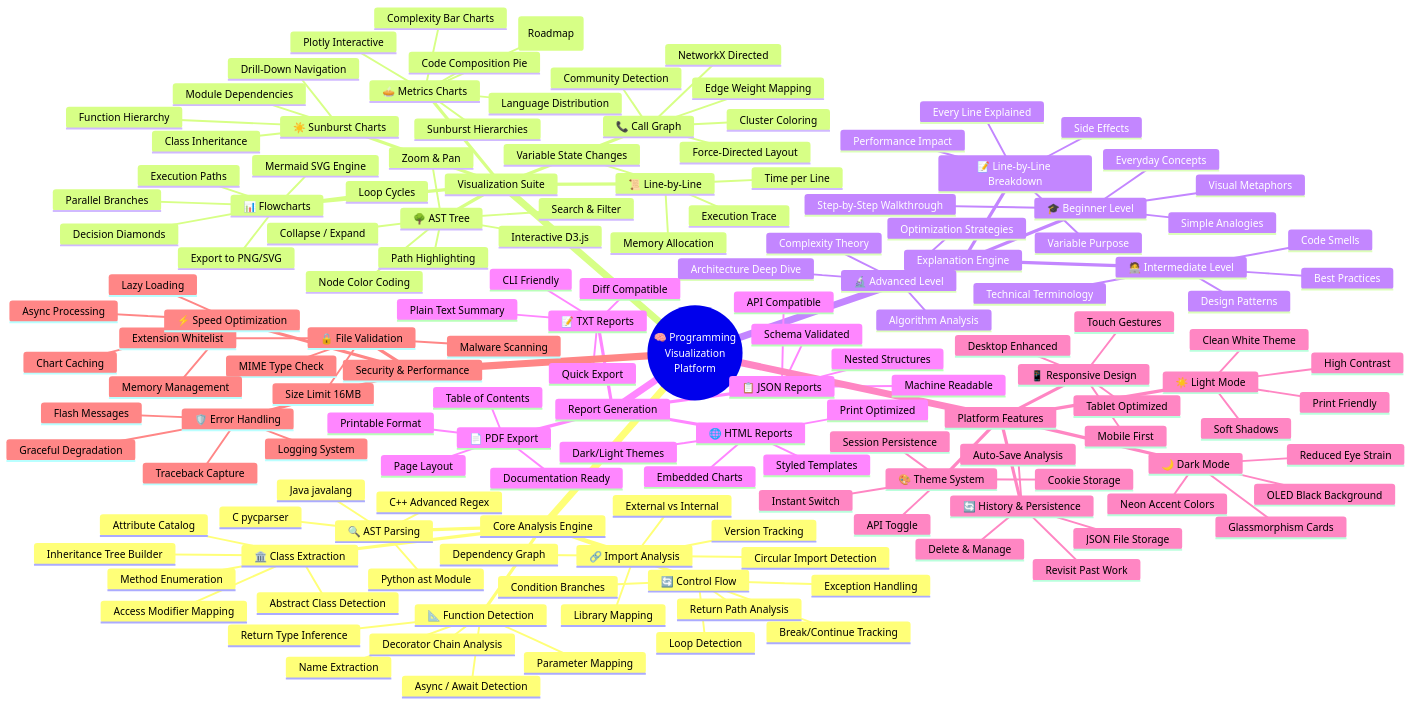
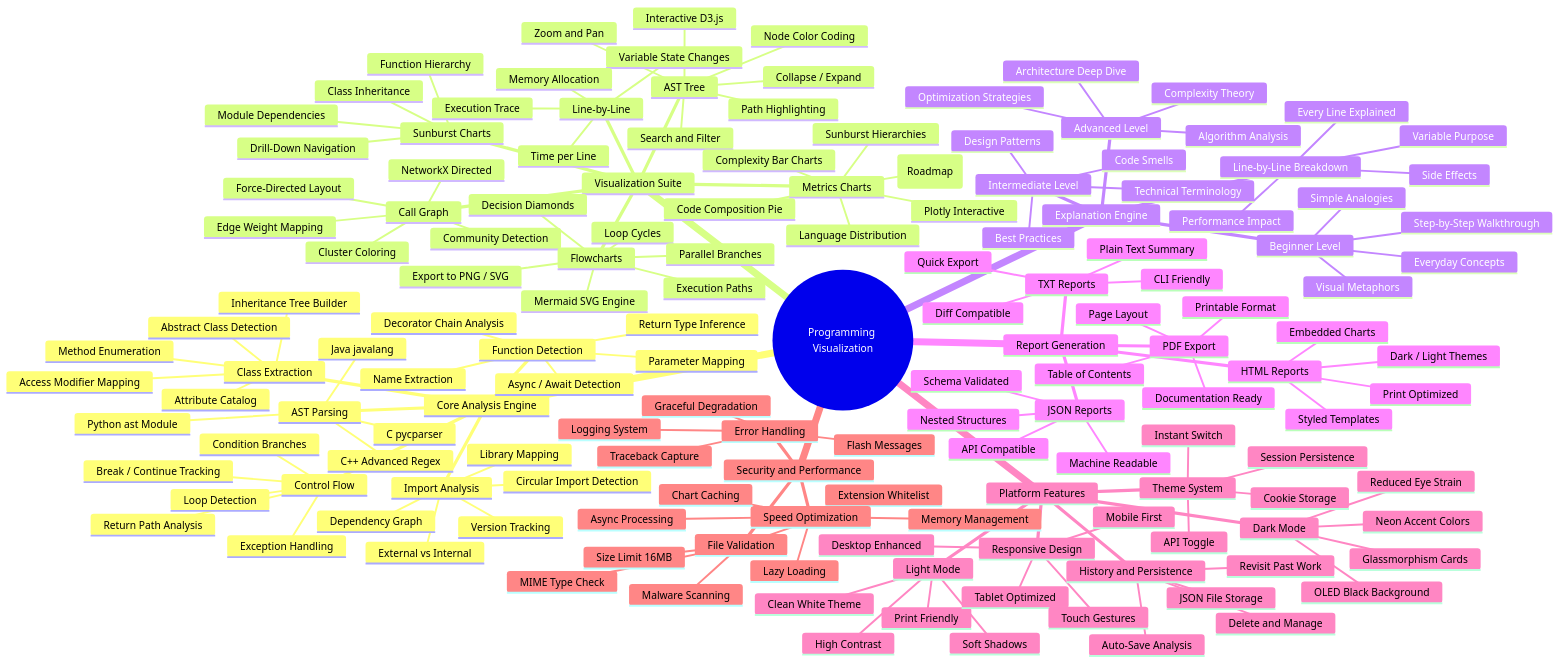
The sixth of 21 diagrams in README.md (issu321/Programming-Visualization), drawn with Mermaid before and after one commit. The commit also changed other lines of this file, not shown here.

````diff
--- a/README.md
+++ b/README.md
@@ -570,154 +516,154 @@
 ```mermaid
 mindmap
-  root((🧠 Programming<br/>Visualization<br/>Platform))
+  root((Programming Visualization))
     Core Analysis Engine
-      🔍 AST Parsing
+      AST Parsing
         Python ast Module
         Java javalang
         C pycparser
         C++ Advanced Regex
-      📐 Function Detection
+      Function Detection
         Name Extraction
         Parameter Mapping
         Return Type Inference
         Decorator Chain Analysis
         Async / Await Detection
-      🏛️ Class Extraction
+      Class Extraction
         Inheritance Tree Builder
         Method Enumeration
         Attribute Catalog
         Access Modifier Mapping
         Abstract Class Detection
-      🔗 Import Analysis
+      Import Analysis
         Dependency Graph
         Library Mapping
         Version Tracking
         Circular Import Detection
         External vs Internal
-      🔄 Control Flow
+      Control Flow
         Loop Detection
         Condition Branches
         Exception Handling
         Return Path Analysis
-        Break/Continue Tracking
+        Break / Continue Tracking
     Visualization Suite
-      🌳 AST Tree
+      AST Tree
         Interactive D3.js
-        Zoom & Pan
+        Zoom and Pan
         Collapse / Expand
         Node Color Coding
         Path Highlighting
-        Search & Filter
-      📞 Call Graph
+        Search and Filter
+      Call Graph
         NetworkX Directed
         Force-Directed Layout
         Edge Weight Mapping
         Community Detection
         Cluster Coloring
-      📊 Flowcharts
+      Flowcharts
         Mermaid SVG Engine
         Execution Paths
         Decision Diamonds
         Loop Cycles
         Parallel Branches
-        Export to PNG/SVG
-      🥧 Metrics Charts
+        Export to PNG / SVG
+      Metrics Charts
         Plotly Interactive
         Complexity Bar Charts
         Code Composition Pie
         Language Distribution
         Sunburst Hierarchies
         3D Surface (Roadmap)
-      ☀️ Sunburst Charts
+      Sunburst Charts
         Function Hierarchy
         Class Inheritance
         Module Dependencies
         Drill-Down Navigation
-      📜 Line-by-Line
+      Line-by-Line
         Execution Trace
         Variable State Changes
         Memory Allocation
         Time per Line
     Explanation Engine
-      🎓 Beginner Level
+      Beginner Level
         Simple Analogies
         Everyday Concepts
         Step-by-Step Walkthrough
         Visual Metaphors
-      🧑‍💻 Intermediate Level
+      Intermediate Level
         Technical Terminology
         Design Patterns
         Code Smells
         Best Practices
-      🔬 Advanced Level
+      Advanced Level
         Complexity Theory
         Algorithm Analysis
         Architecture Deep Dive
         Optimization Strategies
-      📝 Line-by-Line Breakdown
+      Line-by-Line Breakdown
         Every Line Explained
         Variable Purpose
         Side Effects
         Performance Impact
     Report Generation
-      🌐 HTML Reports
+      HTML Reports
         Styled Templates
         Embedded Charts
         Print Optimized
-        Dark/Light Themes
-      📋 JSON Reports
+        Dark / Light Themes
+      JSON Reports
         Machine Readable
         API Compatible
         Schema Validated
         Nested Structures
-      📝 TXT Reports
+      TXT Reports
         Plain Text Summary
         Quick Export
         CLI Friendly
         Diff Compatible
-      📄 PDF Export
+      PDF Export
         Documentation Ready
         Printable Format
         Page Layout
         Table of Contents
     Platform Features
-      🌙 Dark Mode
+      Dark Mode
         Glassmorphism Cards
         Neon Accent Colors
         OLED Black Background
         Reduced Eye Strain
-      ☀️ Light Mode
+      Light Mode
         Clean White Theme
         Soft Shadows
         High Contrast
         Print Friendly
-      📱 Responsive Design
+      Responsive Design
         Mobile First
         Tablet Optimized
         Desktop Enhanced
         Touch Gestures
-      🔄 History & Persistence
+      History and Persistence
         JSON File Storage
         Auto-Save Analysis
         Revisit Past Work
-        Delete & Manage
-      🎨 Theme System
+        Delete and Manage
+      Theme System
         Session Persistence
         API Toggle
         Instant Switch
         Cookie Storage
-    Security & Performance
-      🔒 File Validation
+    Security and Performance
+      File Validation
         Extension Whitelist
         MIME Type Check
         Size Limit 16MB
         Malware Scanning
-      ⚡ Speed Optimization
+      Speed Optimization
         Lazy Loading
         Chart Caching
         Async Processing
         Memory Management
-      🛡️ Error Handling
+      Error Handling
         Graceful Degradation
         Flash Messages
         Logging System
````
